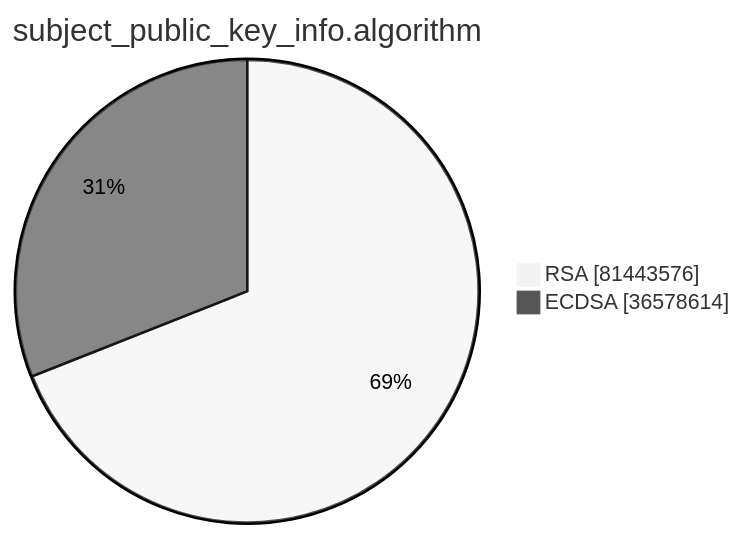
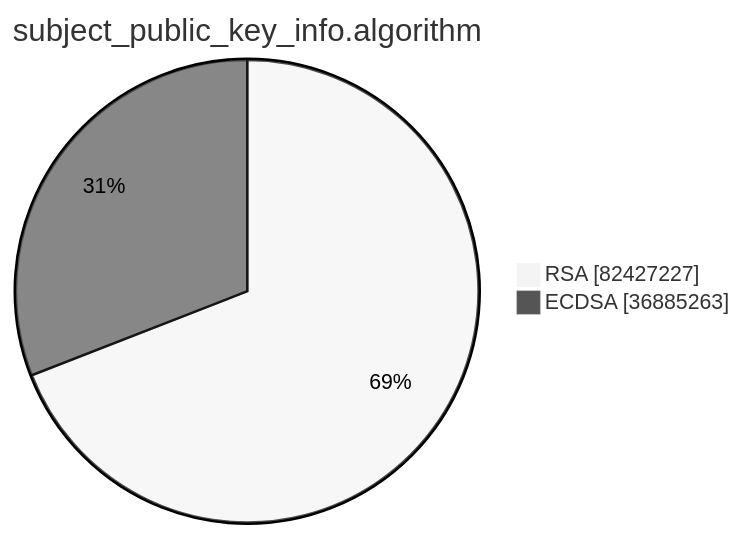
The second of 15 diagrams in xenon2023/README.md (christiankrug/ctmonitor_visualization), drawn with Mermaid (neutral theme) before and after one commit. The commit also changed other lines of this file, not shown here.

````diff
--- a/xenon2023/README.md
+++ b/xenon2023/README.md
@@ -6,6 +6,6 @@
 ```mermaid
 pie showData
 title subject_public_key_info.algorithm
-"RSA" :81443576
-"ECDSA" :36578614
+"RSA" :82427227
+"ECDSA" :36885263
 ```
````
